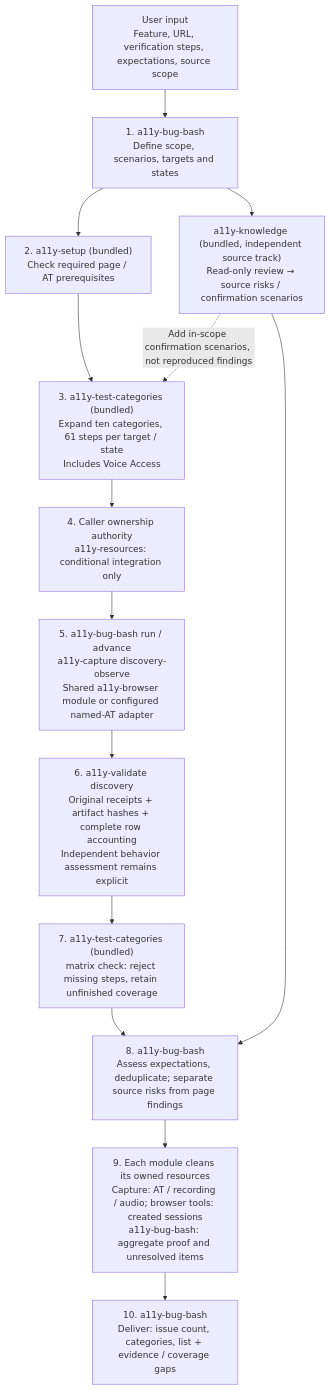
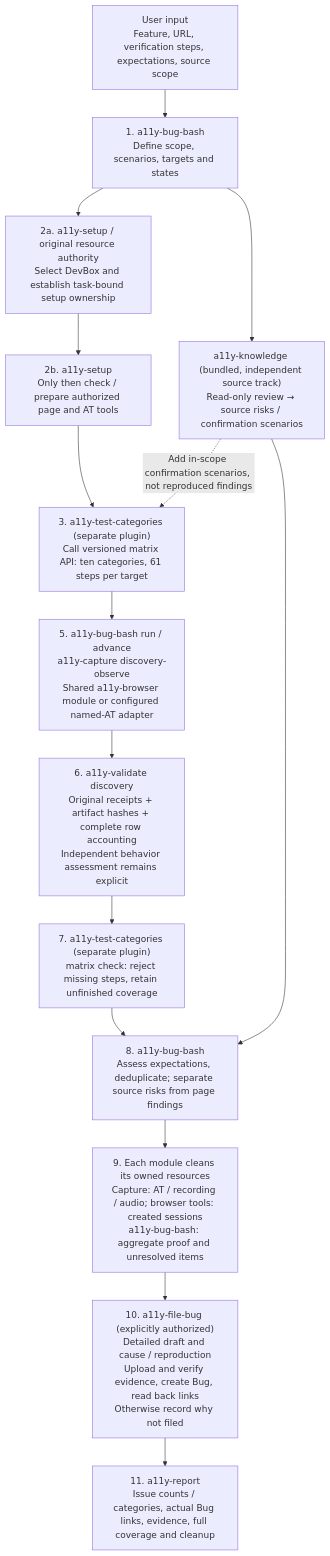
One commit to kaixun96/dev.A11yAssist changed the first of 2 diagrams in docs/BUG-BASH-ARCHITECTURE.md. Above: the diagram before and after it, drawn with Mermaid. The commit also changed other lines of this file and 907 other files, not shown here.

Commit message:
Split Bug Bash setup, filing, reporting and category ownership

````diff
--- a/docs/BUG-BASH-ARCHITECTURE.md
+++ b/docs/BUG-BASH-ARCHITECTURE.md
@@ -87,20 +87,21 @@
 ```mermaid
 flowchart TD
     U["User input<br/>Feature, URL, verification steps, expectations, source scope"]
     P["1. a11y-bug-bash<br/>Define scope, scenarios, targets and states"]
-    S["2. a11y-setup (bundled)<br/>Check required page / AT prerequisites"]
-    C["3. a11y-test-categories (bundled)<br/>Expand ten categories, 61 steps per target / state<br/>Includes Voice Access"]
-    R["4. Caller ownership authority<br/>a11y-resources: conditional integration only"]
+    R["2a. a11y-setup / original resource authority<br/>Select DevBox and establish task-bound setup ownership"]
+    S["2b. a11y-setup<br/>Only then check / prepare authorized page and AT tools"]
+    C["3. a11y-test-categories (separate plugin)<br/>Call versioned matrix API: ten categories, 61 steps per target"]
     E["5. a11y-bug-bash run / advance<br/>a11y-capture discovery-observe<br/>Shared a11y-browser module or configured named-AT adapter"]
     K["a11y-knowledge (bundled, independent source track)<br/>Read-only review → source risks / confirmation scenarios"]
     V["6. a11y-validate discovery<br/>Original receipts + artifact hashes + complete row accounting<br/>Independent behavior assessment remains explicit"]
-    G["7. a11y-test-categories (bundled)<br/>matrix check: reject missing steps, retain unfinished coverage"]
+    G["7. a11y-test-categories (separate plugin)<br/>matrix check: reject missing steps, retain unfinished coverage"]
     A["8. a11y-bug-bash<br/>Assess expectations, deduplicate; separate source risks from page findings"]
     O["9. Each module cleans its owned resources<br/>Capture: AT / recording / audio; browser tools: created sessions<br/>a11y-bug-bash: aggregate proof and unresolved items"]
-    F["10. a11y-bug-bash<br/>Deliver: issue count, categories, list + evidence / coverage gaps"]
+    B["10. a11y-file-bug (explicitly authorized)<br/>Detailed draft and cause / reproduction<br/>Upload and verify evidence, create Bug, read back links<br/>Otherwise record why not filed"]
+    F["11. a11y-report<br/>Issue counts / categories, actual Bug links, evidence, full coverage and cleanup"]
     U --> P
-    P --> S --> C --> R --> E --> V --> G --> A --> O --> F
+    P --> R --> S --> C --> E --> V --> G --> A --> O --> B --> F
     P --> K
     K --> A
     K -. "Add in-scope confirmation scenarios, not reproduced findings" .-> C
 ```
````
